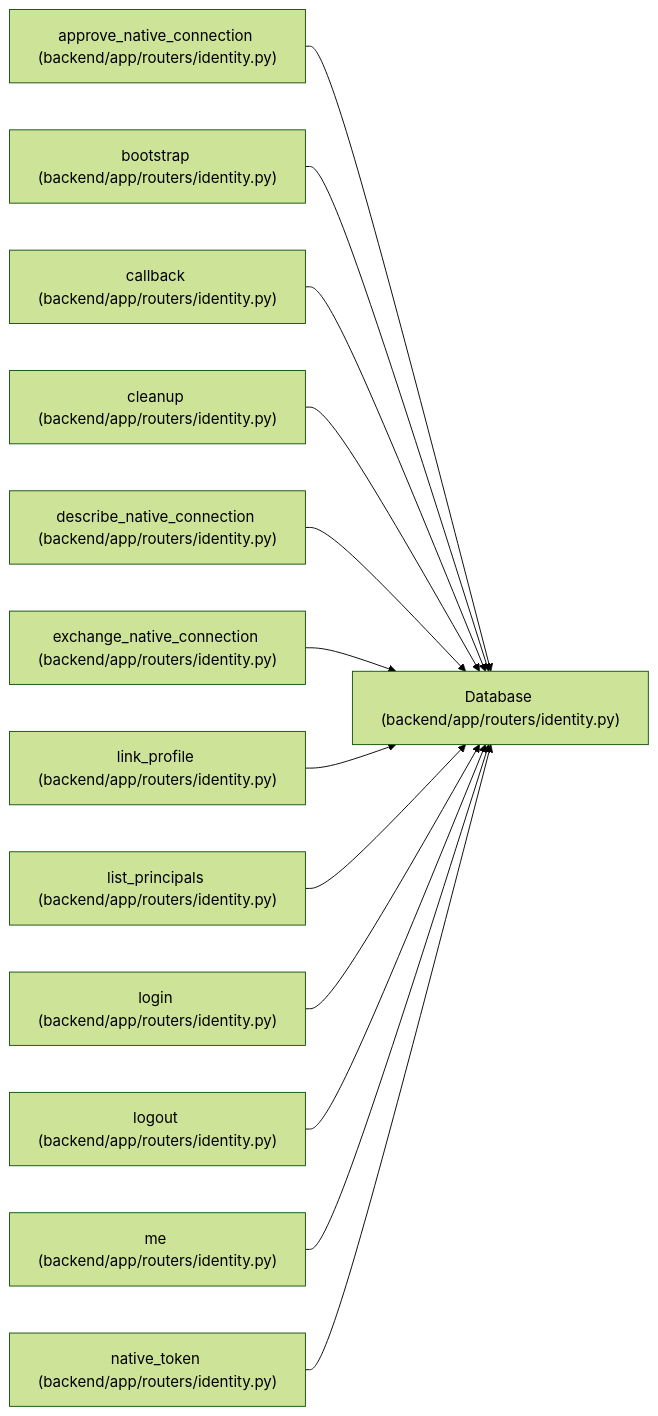
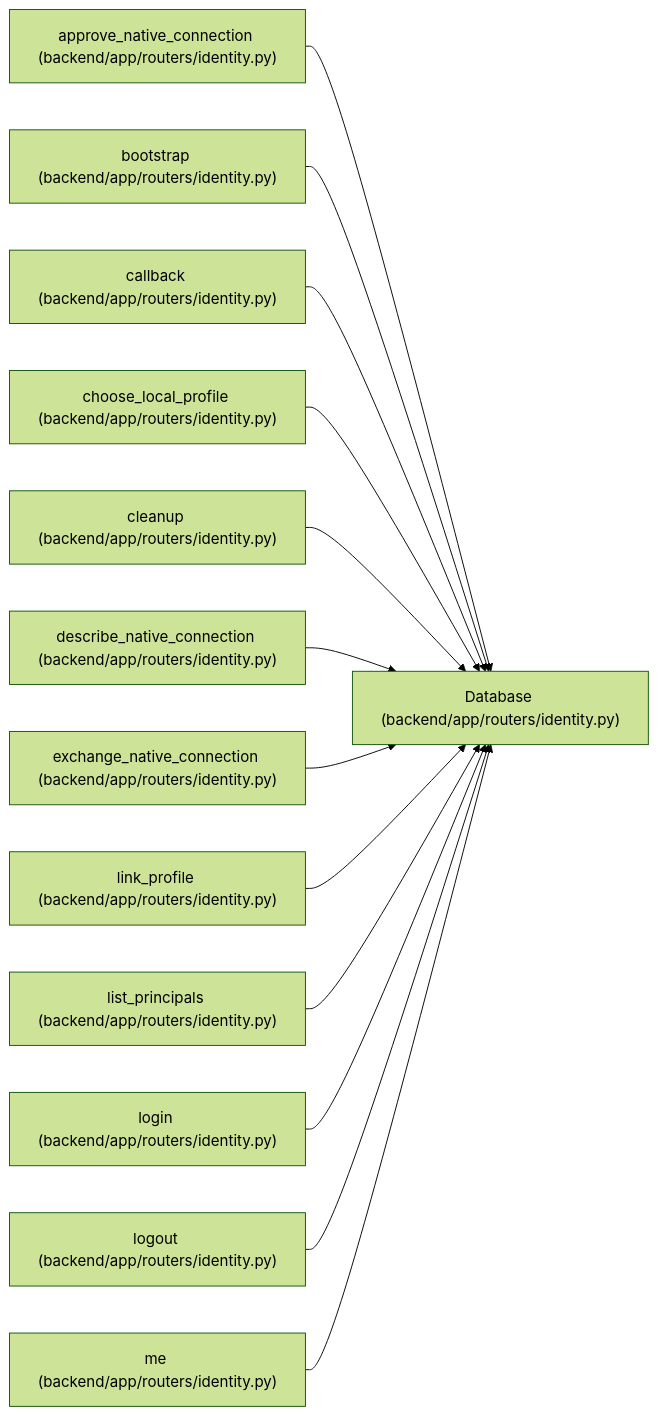
The diagram in docs/llm_wiki/entities/routers_identity_Database.md (Denissvgn/WorkChord), drawn with Mermaid (forest theme) before and after one commit. The commit also changed other lines of this file and 642 other files, not shown here.

Commit message:
docs(wiki): refresh for the local work profile

````diff
--- a/docs/llm_wiki/entities/routers_identity_Database.md
+++ b/docs/llm_wiki/entities/routers_identity_Database.md
@@ -24,41 +24,41 @@
 ```mermaid
 flowchart LR
     n0["Database (backend/app/routers/identity.py)"]
     n1["approve_native_connection (backend/app/routers/identity.py)"]
     n2["bootstrap (backend/app/routers/identity.py)"]
     n3["callback (backend/app/routers/identity.py)"]
-    n4["cleanup (backend/app/routers/identity.py)"]
-    n5["describe_native_connection (backend/app/routers/identity.py)"]
-    n6["exchange_native_connection (backend/app/routers/identity.py)"]
-    n7["link_profile (backend/app/routers/identity.py)"]
-    n8["list_principals (backend/app/routers/identity.py)"]
-    n9["login (backend/app/routers/identity.py)"]
-    n10["logout (backend/app/routers/identity.py)"]
-    n11["me (backend/app/routers/identity.py)"]
-    n12["native_token (backend/app/routers/identity.py)"]
+    n4["choose_local_profile (backend/app/routers/identity.py)"]
+    n5["cleanup (backend/app/routers/identity.py)"]
+    n6["describe_native_connection (backend/app/routers/identity.py)"]
+    n7["exchange_native_connection (backend/app/routers/identity.py)"]
+    n8["link_profile (backend/app/routers/identity.py)"]
+    n9["list_principals (backend/app/routers/identity.py)"]
+    n10["login (backend/app/routers/identity.py)"]
+    n11["logout (backend/app/routers/identity.py)"]
+    n12["me (backend/app/routers/identity.py)"]
     n1 --> n0
     n2 --> n0
     n3 --> n0
     n4 --> n0
     n5 --> n0
     n6 --> n0
     n7 --> n0
     n8 --> n0
     n9 --> n0
     n10 --> n0
     n11 --> n0
     n12 --> n0
     click n0 "../modules/routers_identity.md"
     click n1 "../modules/routers_identity.md"
     click n2 "../modules/routers_identity.md"
     click n3 "../modules/routers_identity.md"
     click n4 "../modules/routers_identity.md"
     click n5 "../modules/routers_identity.md"
     click n6 "../modules/routers_identity.md"
     click n7 "../modules/routers_identity.md"
     click n8 "../modules/routers_identity.md"
     click n9 "../modules/routers_identity.md"
     click n10 "../modules/routers_identity.md"
     click n11 "../modules/routers_identity.md"
     click n12 "../modules/routers_identity.md"
 ```
````
